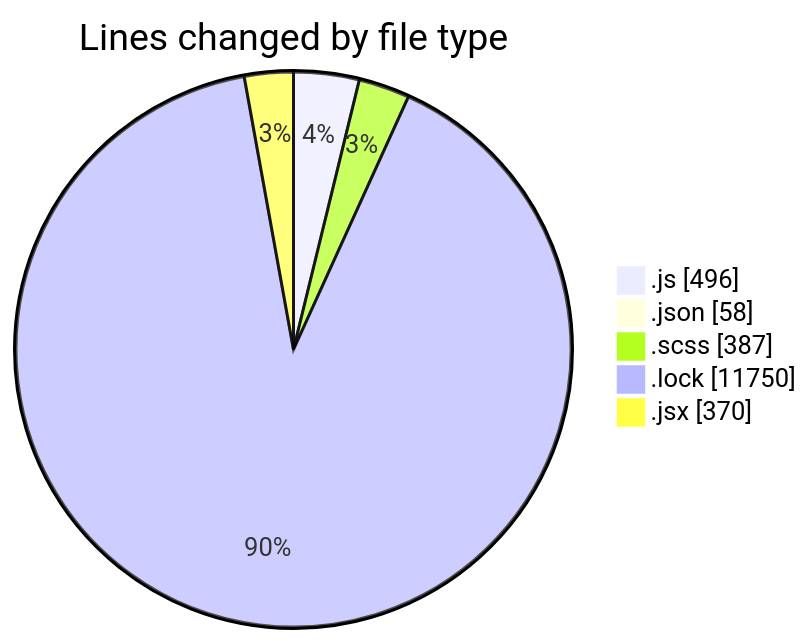
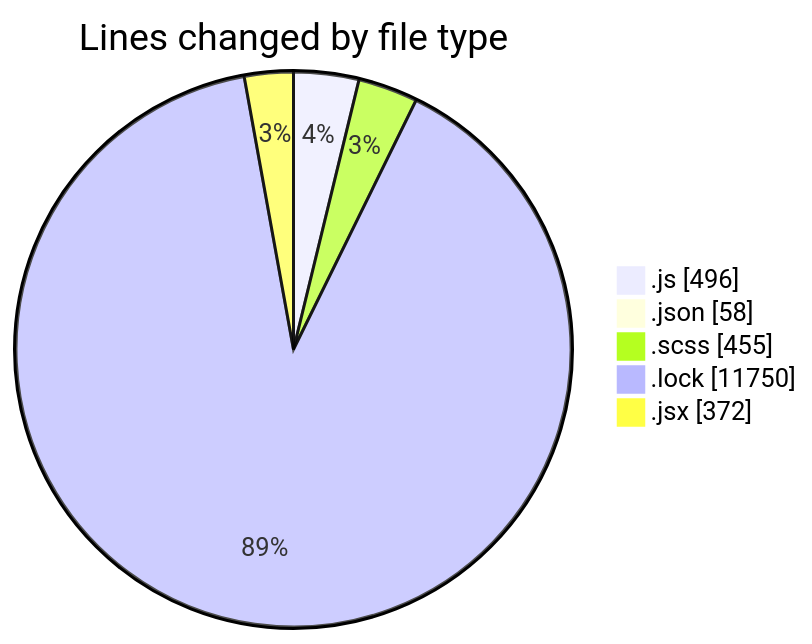
One commit to momahboobian/code-tracking changed the first of 2 diagrams in 2026-01-08/cda/README.md. Above: the diagram before and after it, drawn with Mermaid. The commit also changed other lines of this file and 1 other file, not shown here.

````diff
--- a/2026-01-08/cda/README.md
+++ b/2026-01-08/cda/README.md
@@ -37,9 +38,9 @@
 ```mermaid
 pie showData
 title Lines changed by file type
 ".js" : 496
 ".json" : 58
-".scss" : 387
+".scss" : 455
 ".lock" : 11750
-".jsx" : 370
+".jsx" : 372
 ```
````
